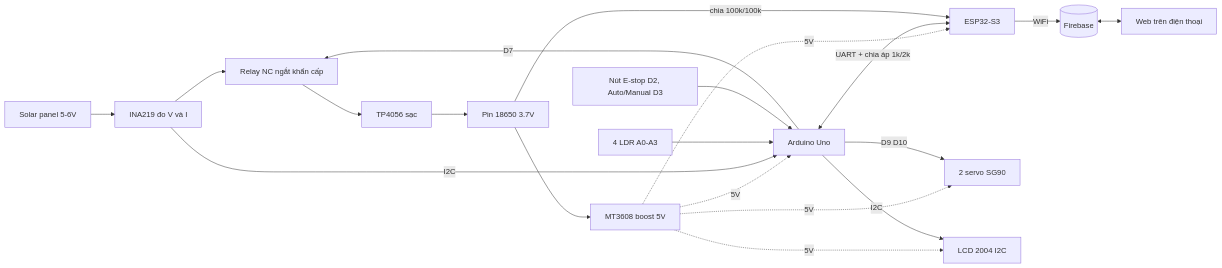
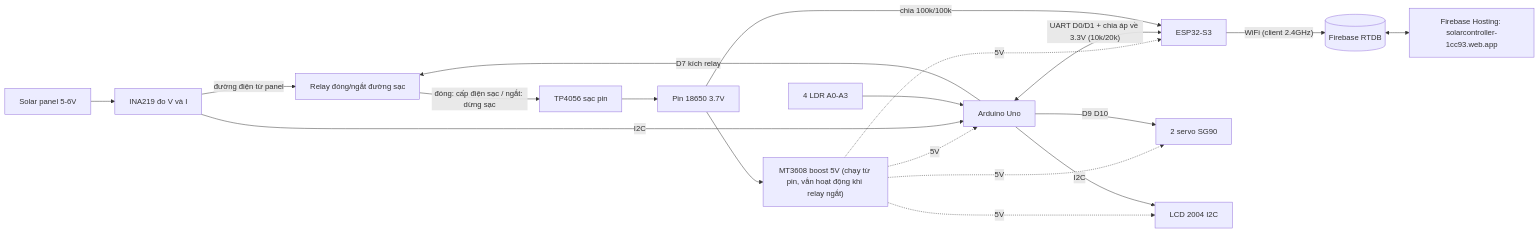
One commit to MaxxAlan/SolarController changed the first of 2 diagrams in README.md. Above: the diagram before and after it, drawn with Mermaid. The commit also changed other lines of this file and 18 other files, not shown here.

````diff
--- a/README.md
+++ b/README.md
@@ -155,22 +13,21 @@
 ```mermaid
 flowchart LR
   SP["Solar panel 5-6V"] --> INA["INA219 đo V và I"]
-  INA --> RLY["Relay NC ngắt khẩn cấp"]
-  RLY --> TP["TP4056 sạc"]
+  INA -- đường điện từ panel --> RLY["Relay đóng/ngắt đường sạc"]
+  RLY -- "đóng: cấp điện sạc / ngắt: dừng sạc" --> TP["TP4056 sạc pin"]
   TP --> BAT["Pin 18650 3.7V"]
-  BAT --> MT["MT3608 boost 5V"]
+  BAT --> MT["MT3608 boost 5V (chạy từ pin, vẫn hoạt động khi relay ngắt)"]
   MT -. 5V .-> UNO["Arduino Uno"]
   MT -. 5V .-> ESP["ESP32-S3"]
   MT -. 5V .-> SRV["2 servo SG90"]
   MT -. 5V .-> LCD["LCD 2004 I2C"]
   INA -- I2C --> UNO
   LDR["4 LDR A0-A3"] --> UNO
-  BTN["Nút E-stop D2, Auto/Manual D3"] --> UNO
-  UNO -- D7 --> RLY
+  UNO -- D7 kích relay --> RLY
   UNO -- D9 D10 --> SRV
   UNO -- I2C --> LCD
-  UNO <-- UART + chia áp 1k/2k --> ESP
+  UNO <-- "UART D0/D1 + chia áp về 3.3V (10k/20k)" --> ESP
   BAT -- chia 100k/100k --> ESP
-  ESP -- WiFi --> FB[("Firebase")]
-  FB <--> WEB["Web trên điện thoại"]
+  ESP -- WiFi (client 2.4GHz) --> FB[("Firebase RTDB")]
+  FB <--> WEB["Firebase Hosting: solarcontroller-1cc93.web.app"]
 ```
````
